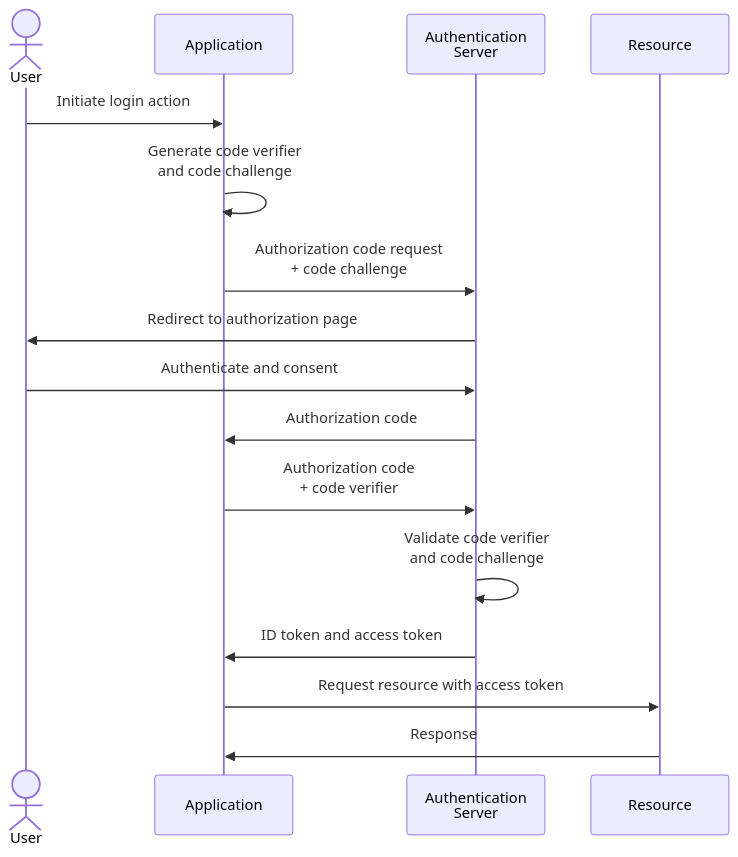
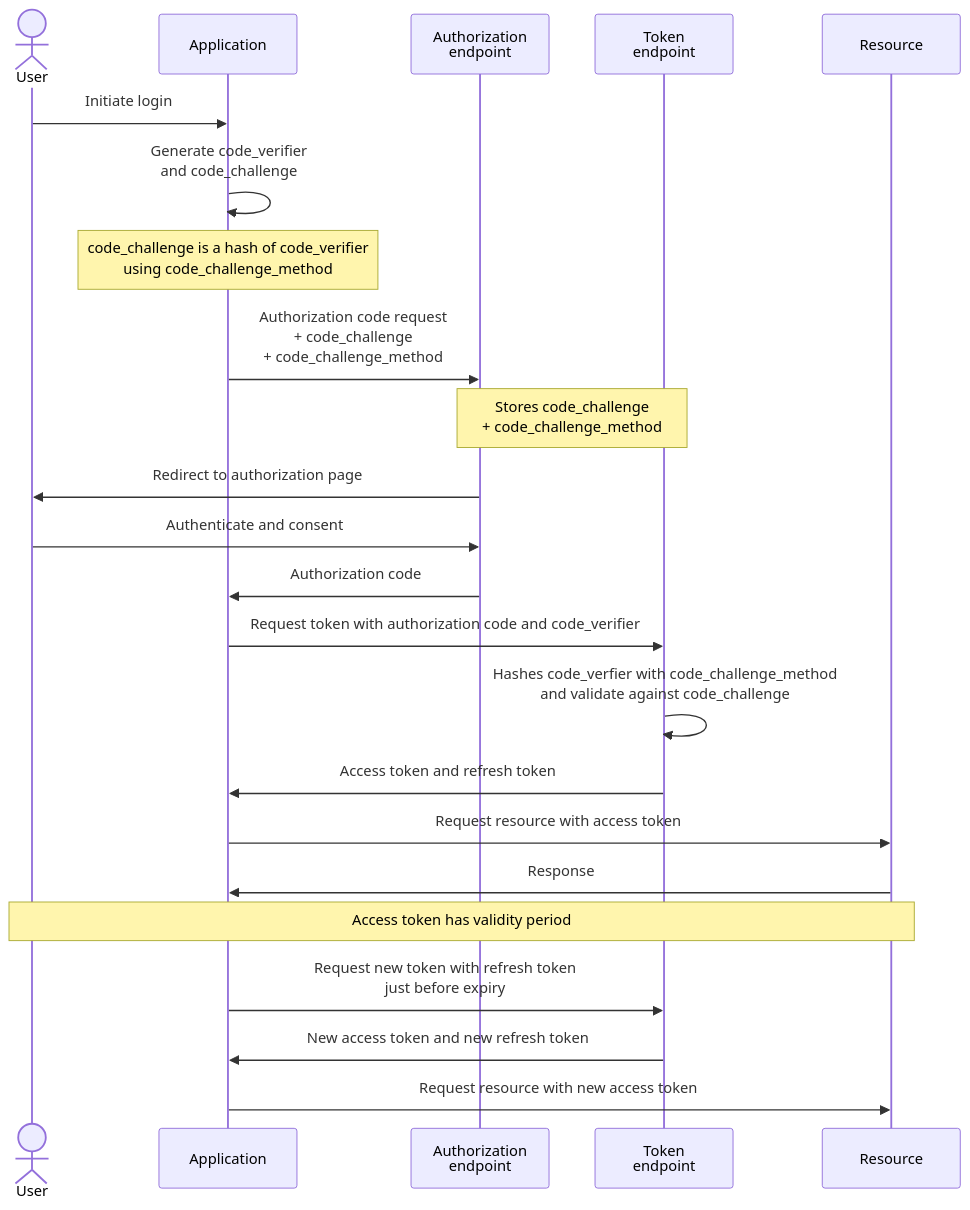
The third of 3 diagrams in oauth-2.0-flows.md (joetanx/mslab), drawn with Mermaid before and after one commit. The commit also changed other lines of this file, not shown here.

````diff
--- a/oauth-2.0-flows.md
+++ b/oauth-2.0-flows.md
@@ -37,18 +43,25 @@
 ```mermaid
 sequenceDiagram
   actor A as User
   participant B as Application
-  participant C as Authentication<br>Server
-  participant D as Resource
-  A->>B:Initiate login action
-  B->>B:Generate code verifier<br>and code challenge
-  B->>C:Authorization code request<br>+ code challenge
+  participant C as Authorization<br>endpoint
+  participant D as Token<br>endpoint
+  participant E as Resource
+  A->>B:Initiate login
+  B->>B:Generate code_verifier<br>and code_challenge
+  note over B: code_challenge is a hash of code_verifier<br>using code_challenge_method
+  B->>C:Authorization code request<br>+ code_challenge<br>+ code_challenge_method
+  note over C,D:Stores code_challenge<br>+ code_challenge_method
   C->>A:Redirect to authorization page
   A->>C:Authenticate and consent
   C->>B:Authorization code
-  B->>C:Authorization code<br>+ code verifier
-  C->>C:Validate code verifier<br>and code challenge
-  C->>B:ID token and access token
-  B->>D:Request resource with access token
-  D->>B:Response
+  B->>D:Request token with authorization code and code_verifier
+  D->>D:Hashes code_verfier with code_challenge_method<br>and validate against code_challenge
+  D->>B:Access token and refresh token
+  B->>E:Request resource with access token
+  E->>B:Response
+  note over A,E: Access token has validity period
+  B->>D:Request new token with refresh token<br>just before expiry
+  D->>B:New access token and new refresh token
+  B->>E:Request resource with new access token
 ```
````
